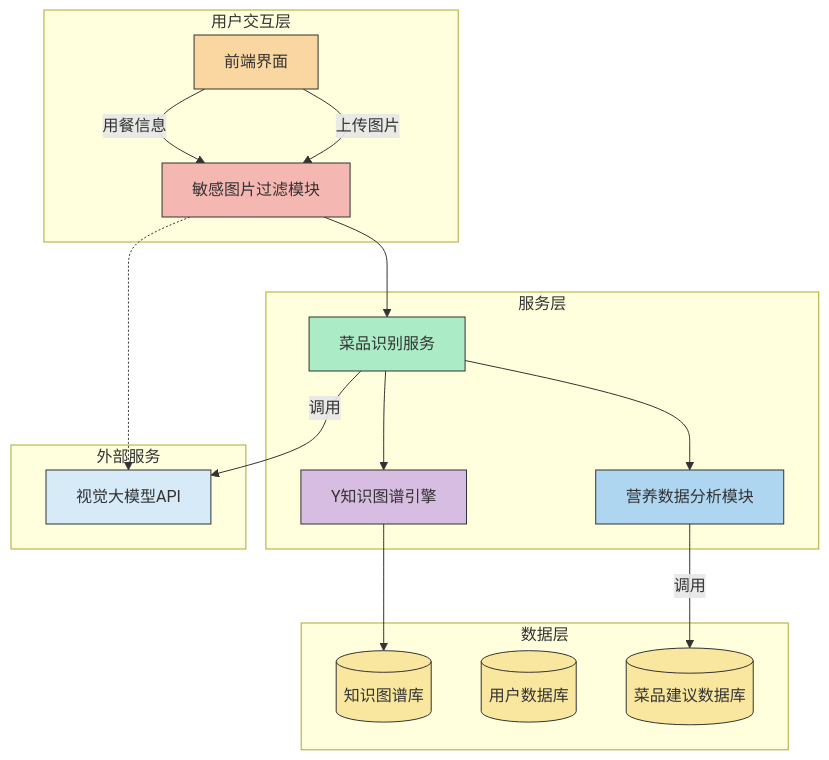
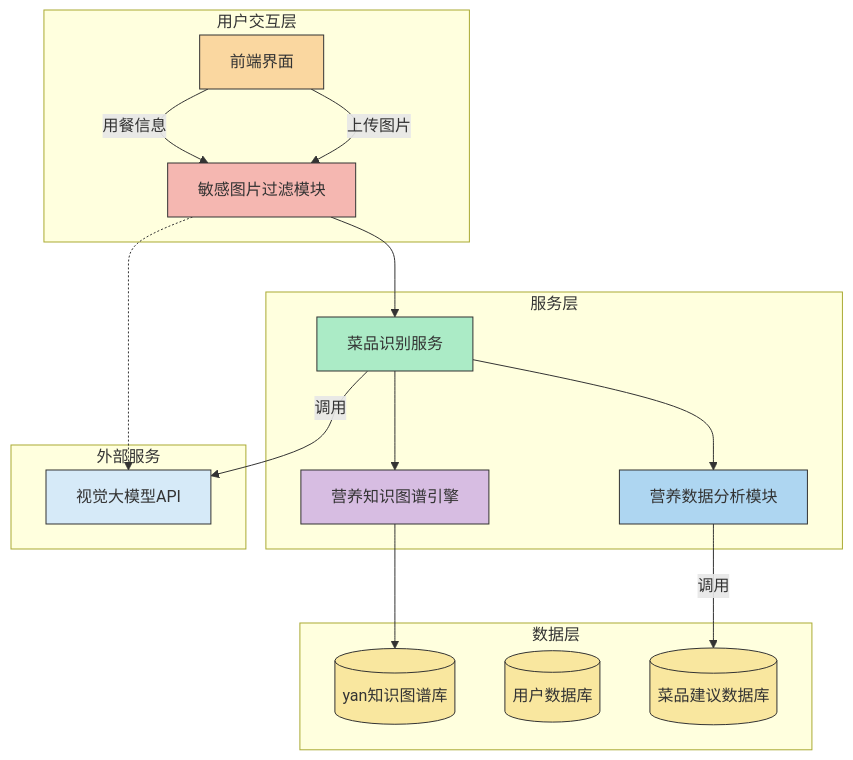
The diagram in all/未命名-1.md (funnyData/iodraw-files), drawn with Mermaid before and after one commit.

Commit message:
2025-03-19 16:57:57 update

````diff
--- a/all/未命名-1.md
+++ b/all/未命名-1.md
@@ -1,39 +1,39 @@
 ```mermaid
 %% 系统架构图（基于网页1/3/4/6的流程图语法优化）
 flowchart TD
     subgraph 用户交互层
         A[前端界面] -->|用餐信息| B[敏感图片过滤模块]
         style A fill:#FAD7A0,stroke:#333
         style B fill:#F5B7B1,stroke:#333
     end
 
     subgraph 服务层
         B --> C[菜品识别服务]
         
-        C --> E[Y知识图谱引擎]
+        C --> E[营养知识图谱引擎]
         C --> D[营养数据分析模块]
         style C fill:#ABEBC6,stroke:#333
         style D fill:#AED6F1,stroke:#333
         style E fill:#D7BDE2,stroke:#333
     end
 
     subgraph 数据层
-        E --> H[(知识图谱库)]
+        E --> H[(yan知识图谱库)]
         F[(用户数据库)]
         G[(菜品建议数据库)]
         
         style F fill:#F9E79F,stroke:#333,shape:cylinder
         style G fill:#F9E79F,stroke:#333,shape:cylinder
         style H fill:#F9E79F,stroke:#333,shape:cylinder
     end
 
     subgraph 外部服务
         B -.-> I[视觉大模型API]
         style I fill:#D6EAF8,stroke:#333
     end
 
 
     A -->|上传图片| B
     C -->|调用| I
     D -->|调用| G
 ```
````
